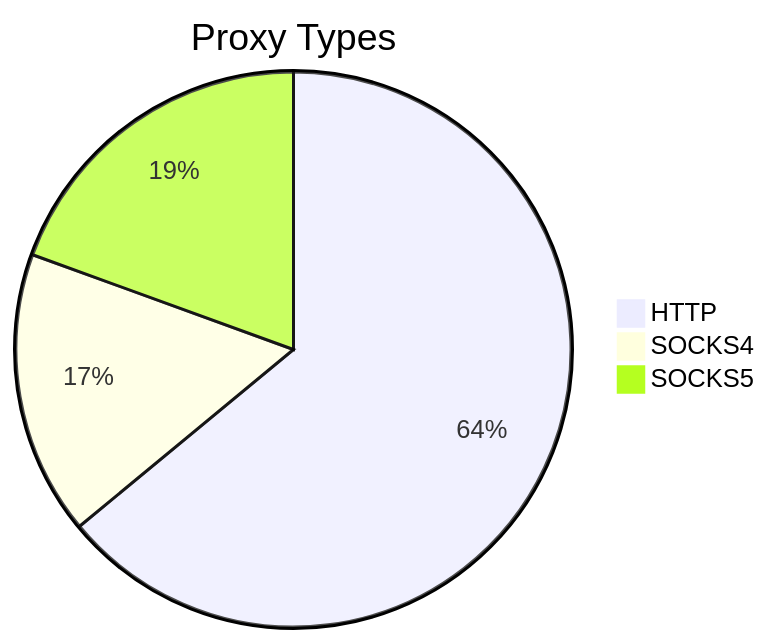
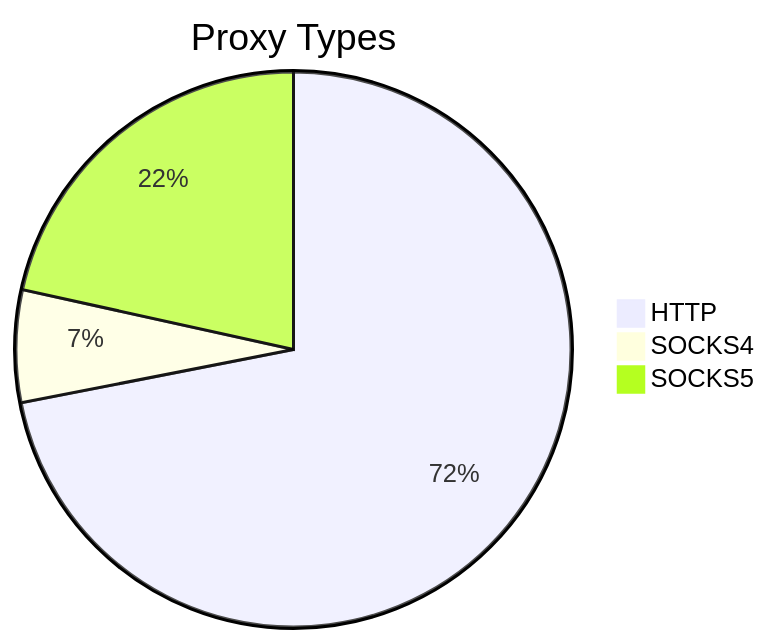
One commit to stormsia/proxy-list changed the first of 2 diagrams in README.md. Above: the diagram before and after it, drawn with Mermaid. The commit also changed other lines of this file, not shown here.

````diff
--- a/README.md
+++ b/README.md
@@ -21,6 +21,6 @@
 ```mermaid
 pie title Proxy Types
-    "HTTP" : 329
-    "SOCKS4" : 85
-    "SOCKS5" : 100
+    "HTTP" : 187
+    "SOCKS4" : 17
+    "SOCKS5" : 56
 ```
````
